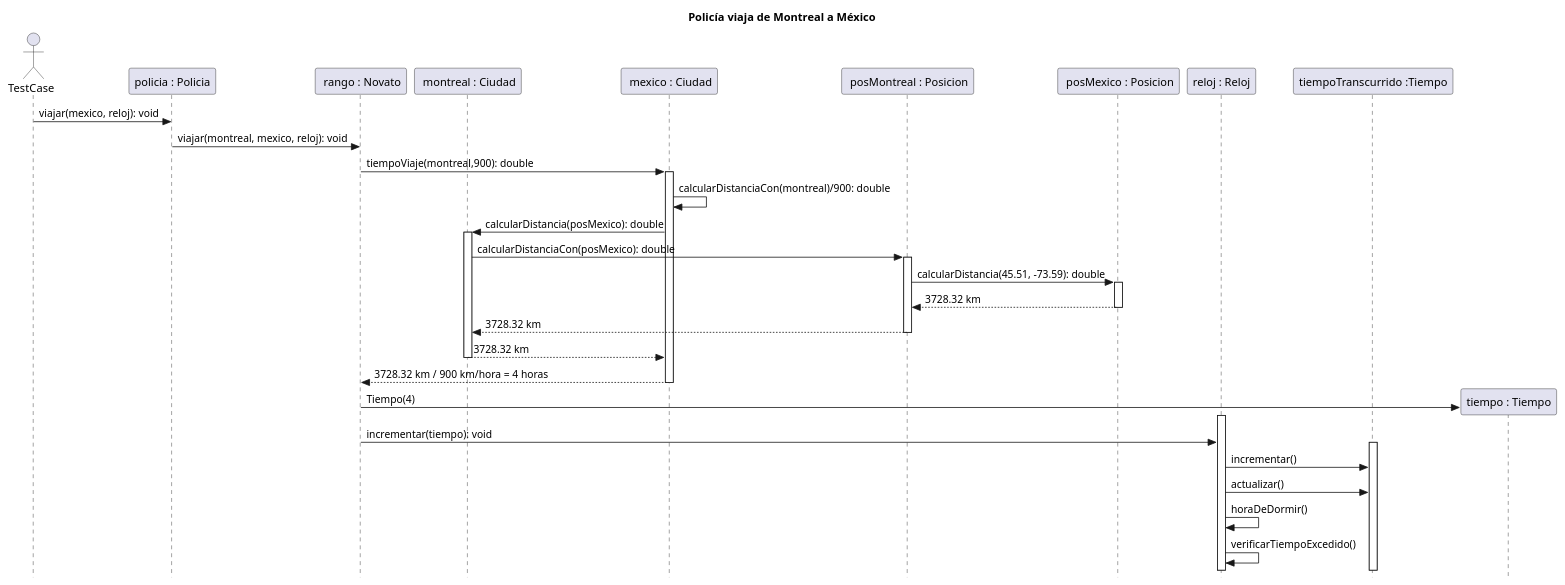
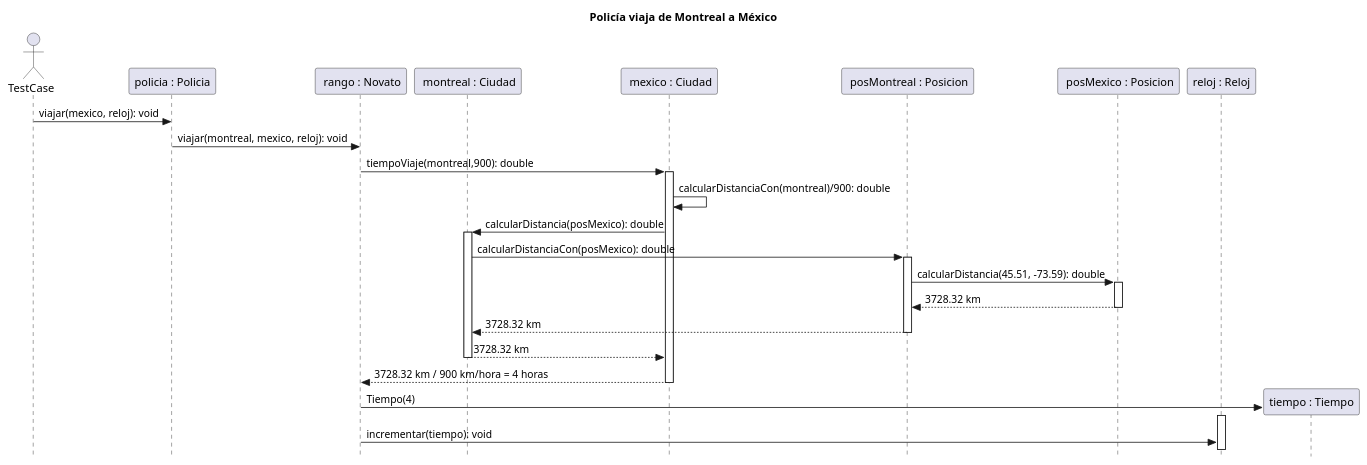
The diagram in diagrams/sequences/PoliciaViajaDeMontrealAMexico.plantuml (martinanus/algo3_tp2), drawn with PlantUML before and after one commit. The commit also changed 10 other files, not shown here.

Commit message:
Se actualizan diagramas de secuencia

```diff
--- a/diagrams/sequences/PoliciaViajaDeMontrealAMexico.plantuml
+++ b/diagrams/sequences/PoliciaViajaDeMontrealAMexico.plantuml
@@ -1,43 +1,36 @@
 @startuml
 skinparam style strictuml
 
 title: Policía viaja de Montreal a México
 
 actor TestCase
 
 participant "policia : Policia" as policia
 participant " rango : Novato" as rango
 participant " montreal : Ciudad" as montreal
 participant " mexico : Ciudad" as mexico
 participant " posMontreal : Posicion" as posicionMontreal
 participant " posMexico : Posicion" as posicionMexico
 participant "reloj : Reloj" as reloj
-participant "tiempoTranscurrido :Tiempo" as tiempoTranscurrido
 participant "tiempo : Tiempo" as tiempo
 
 TestCase -> policia: viajar(mexico, reloj): void
 policia -> rango: viajar(montreal, mexico, reloj): void
 
 rango -> mexico: tiempoViaje(montreal,900): double
 activate mexico
 mexico -> mexico: calcularDistanciaCon(montreal)/900: double
 mexico -> montreal: calcularDistancia(posMexico): double
 activate montreal
 montreal -> posicionMontreal: calcularDistanciaCon(posMexico): double
 activate posicionMontreal
 posicionMontreal -> posicionMexico: calcularDistancia(45.51, -73.59): double
 activate posicionMexico
 return 3728.32 km
 return 3728.32 km
 return 3728.32 km
 return 3728.32 km / 900 km/hora = 4 horas
 rango -> tiempo ** :Tiempo(4)
 activate reloj
 rango -> reloj: incrementar(tiempo): void
-activate tiempoTranscurrido
-reloj -> tiempoTranscurrido:incrementar()
-reloj -> tiempoTranscurrido:actualizar()
-reloj -> reloj:horaDeDormir()
-reloj -> reloj: verificarTiempoExcedido()
-
 @enduml
```
